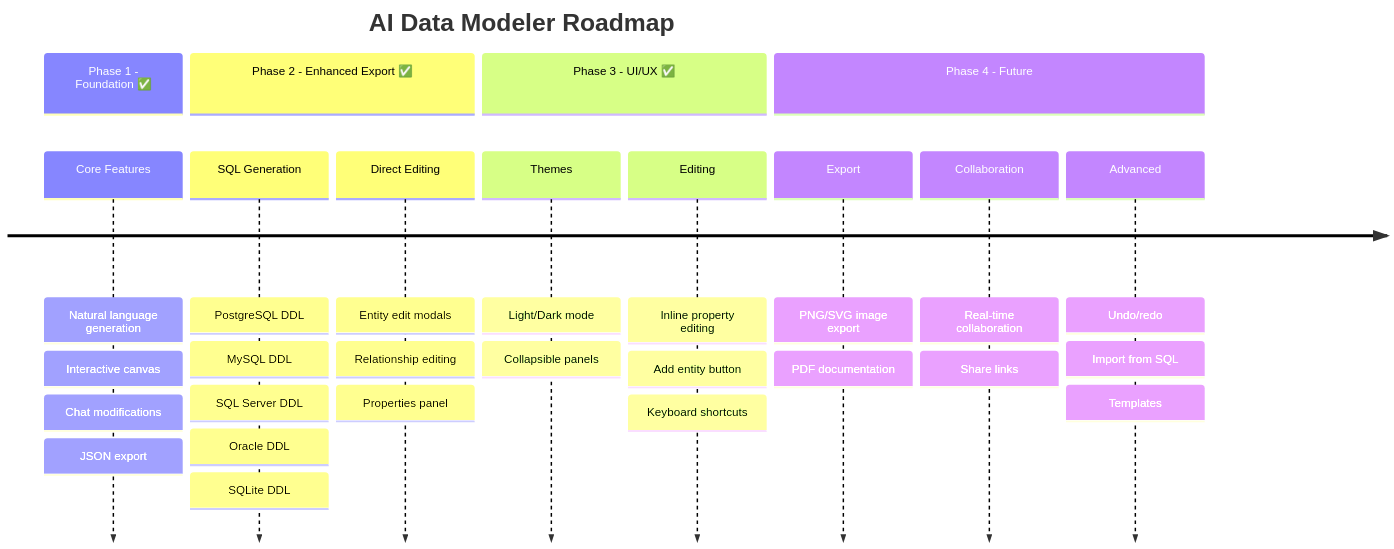
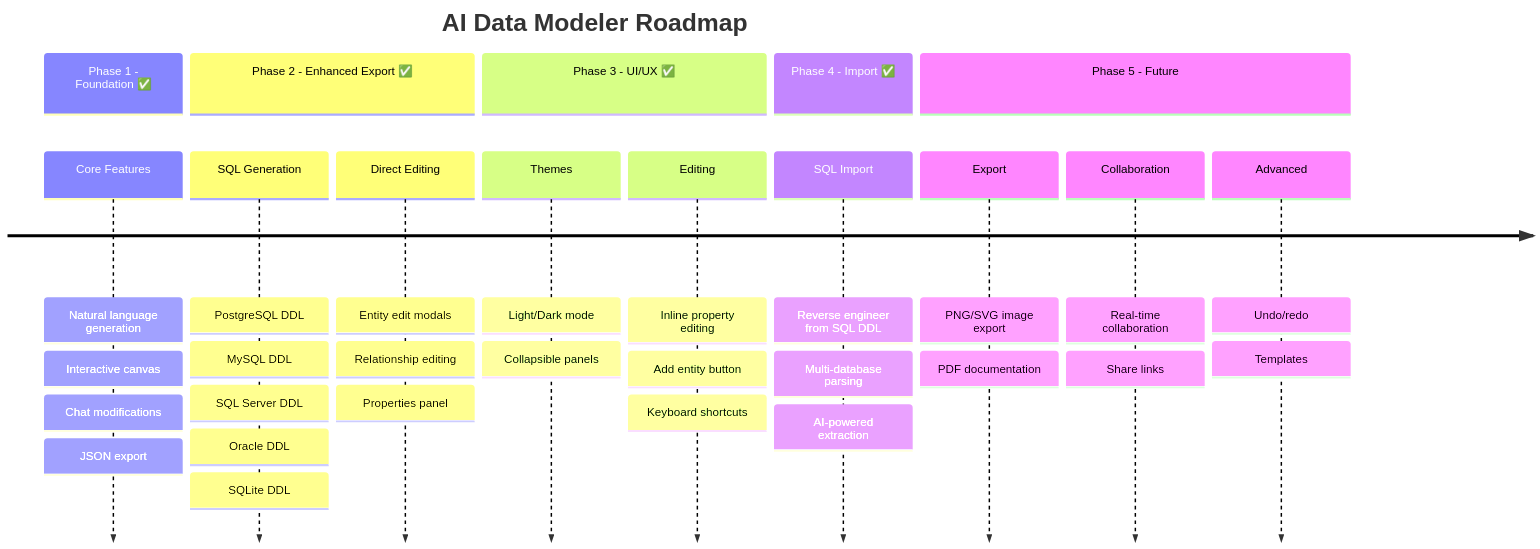
One commit to pandeyraunak007/ai-data-modeler changed diagram 14 of 15 in Guide.md. Above: the diagram before and after it, drawn with Mermaid. The commit also changed other lines of this file, not shown here.

First line of the commit message:
Update Guide.md with SQL import feature and creator credit

````diff
--- a/Guide.md
+++ b/Guide.md
@@ -658,36 +683,40 @@
 ```mermaid
 timeline
     title AI Data Modeler Roadmap
 
     section Phase 1 - Foundation ✅
         Core Features : Natural language generation
                       : Interactive canvas
                       : Chat modifications
                       : JSON export
 
     section Phase 2 - Enhanced Export ✅
         SQL Generation : PostgreSQL DDL
                        : MySQL DDL
                        : SQL Server DDL
                        : Oracle DDL
                        : SQLite DDL
         Direct Editing : Entity edit modals
                        : Relationship editing
                        : Properties panel
 
     section Phase 3 - UI/UX ✅
         Themes     : Light/Dark mode
                    : Collapsible panels
         Editing    : Inline property editing
                    : Add entity button
                    : Keyboard shortcuts
 
-    section Phase 4 - Future
+    section Phase 4 - Import ✅
+        SQL Import : Reverse engineer from SQL DDL
+                   : Multi-database parsing
+                   : AI-powered extraction
+
+    section Phase 5 - Future
         Export     : PNG/SVG image export
                    : PDF documentation
         Collaboration : Real-time collaboration
                       : Share links
         Advanced   : Undo/redo
-                   : Import from SQL
                    : Templates
 ```
````
